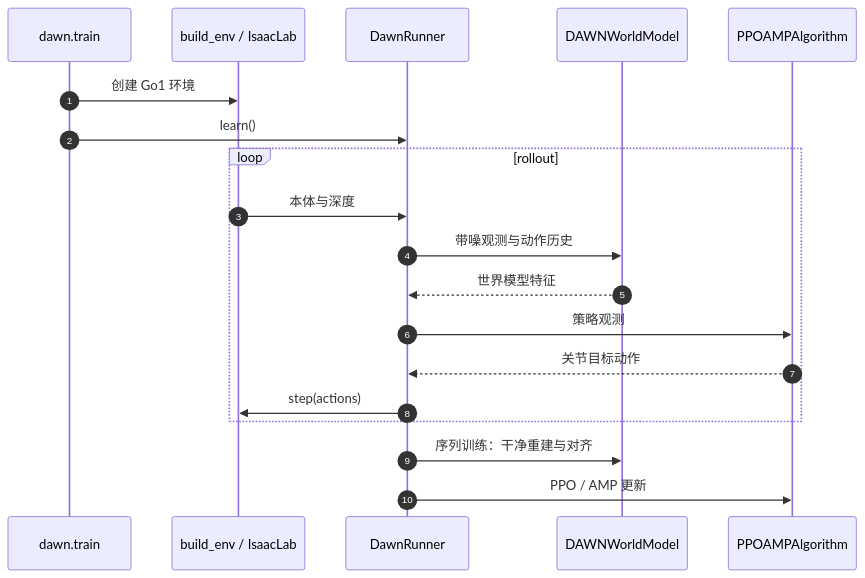
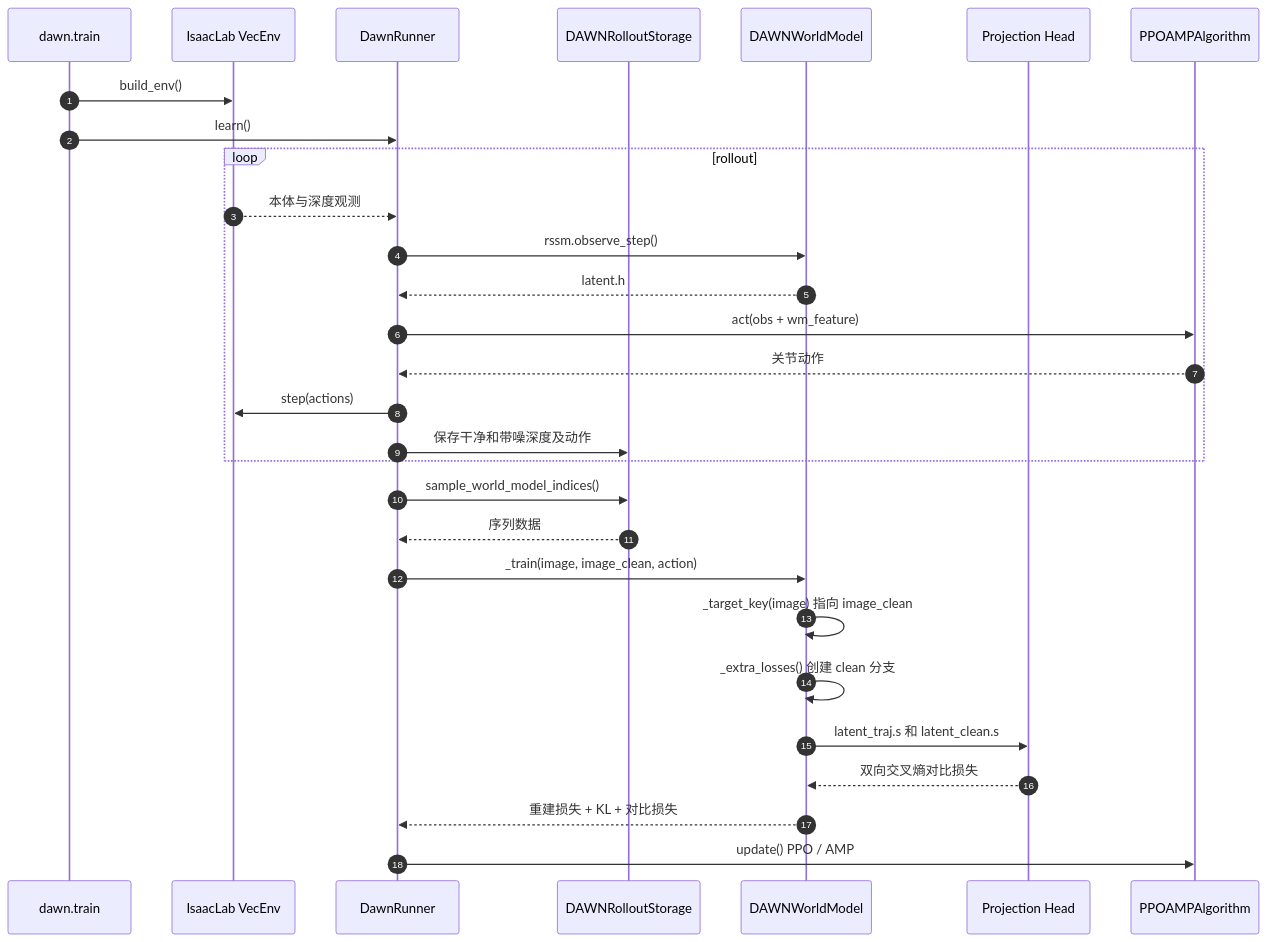
The second of 2 diagrams in wiki/entities/paper-dawn.md (ImChong/Robotics_Notebooks), drawn with Mermaid before and after one commit. The commit also changed other lines of this file, not shown here.

Commit message:
[2026-11-08] ingest | wiki/entities/paper-dawn.md — 对齐真实训练时序及消融数据

````diff
--- a/wiki/entities/paper-dawn.md
+++ b/wiki/entities/paper-dawn.md
@@ -94,21 +94,31 @@
 ```mermaid
 sequenceDiagram
   autonumber
   participant Entry as dawn.train
-  participant Env as build_env / IsaacLab
+  participant Env as IsaacLab VecEnv
   participant Runner as DawnRunner
+  participant Storage as DAWNRolloutStorage
   participant WM as DAWNWorldModel
+  participant Head as Projection Head
   participant Alg as PPOAMPAlgorithm
-  Entry->>Env: 创建 Go1 环境
+  Entry->>Env: build_env()
   Entry->>Runner: learn()
   loop rollout
-    Env->>Runner: 本体与深度
-    Runner->>WM: 带噪观测与动作历史
-    WM-->>Runner: 世界模型特征
-    Runner->>Alg: 策略观测
-    Alg-->>Runner: 关节目标动作
+    Env-->>Runner: 本体与深度观测
+    Runner->>WM: rssm.observe_step()
+    WM-->>Runner: latent.h
+    Runner->>Alg: act(obs + wm_feature)
+    Alg-->>Runner: 关节动作
     Runner->>Env: step(actions)
+    Runner->>Storage: 保存干净和带噪深度及动作
   end
-  Runner->>WM: 序列训练：干净重建与对齐
-  Runner->>Alg: PPO / AMP 更新
+  Runner->>Storage: sample_world_model_indices()
+  Storage-->>Runner: 序列数据
+  Runner->>WM: _train(image, image_clean, action)
+  WM->>WM: _target_key(image) 指向 image_clean
+  WM->>WM: _extra_losses() 创建 clean 分支
+  WM->>Head: latent_traj.s 和 latent_clean.s
+  Head-->>WM: 双向交叉熵对比损失
+  WM-->>Runner: 重建损失 + KL + 对比损失
+  Runner->>Alg: update() PPO / AMP
 ```
````
